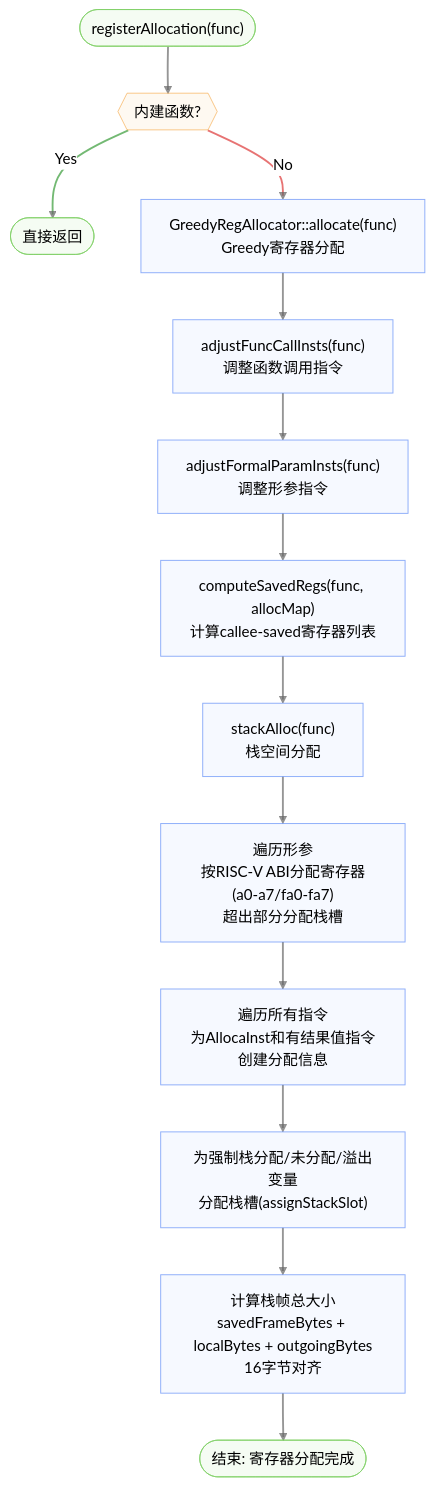
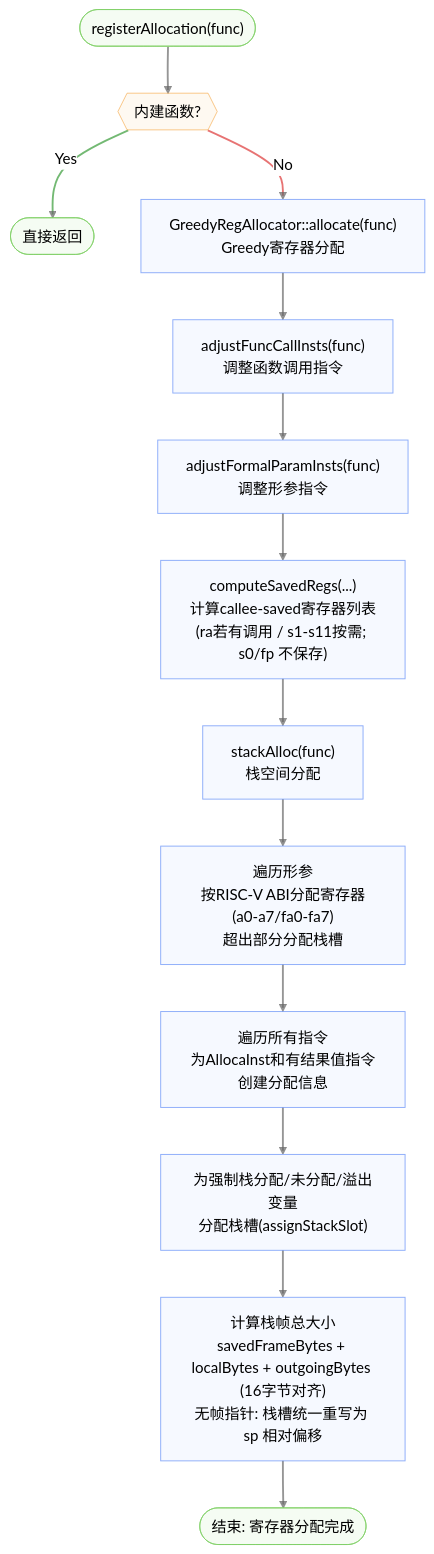
Before and after one commit to LLLLLLLLazy/compiler-lite: the fourth of 4 diagrams in docs/backend-overview.md, drawn with Mermaid (neutral theme). The commit also changed other lines of this file and 9 other files, not shown here.

````diff
--- a/docs/backend-overview.md
+++ b/docs/backend-overview.md
@@ -109,31 +109,31 @@
 ```mermaid
 flowchart TD
     Start(["registerAllocation(func)"]) --> BuiltinCheck{{"内建函数?"}}
     BuiltinCheck -- "Yes" --> Return(["直接返回"])
     BuiltinCheck -- "No" --> Greedy["GreedyRegAllocator::allocate(func)<br>Greedy寄存器分配"]
 
     Greedy --> AdjustCall["adjustFuncCallInsts(func)<br>调整函数调用指令"]
     AdjustCall --> AdjustParam["adjustFormalParamInsts(func)<br>调整形参指令"]
-    AdjustParam --> SavedRegs["computeSavedRegs(func, allocMap)<br>计算callee-saved寄存器列表"]
+    AdjustParam --> SavedRegs["computeSavedRegs(...)<br>计算callee-saved寄存器列表<br>(ra若有调用 / s1-s11按需; s0/fp 不保存)"]
     SavedRegs --> StackAlloc["stackAlloc(func)<br>栈空间分配"]
 
     StackAlloc --> ParamLoop["遍历形参<br>按RISC-V ABI分配寄存器(a0-a7/fa0-fa7)<br>超出部分分配栈槽"]
     ParamLoop --> InstLoop["遍历所有指令<br>为AllocaInst和有结果值指令创建分配信息"]
     InstLoop --> SpillLoop["为强制栈分配/未分配/溢出变量<br>分配栈槽(assignStackSlot)"]
-    SpillLoop --> FrameCalc["计算栈帧总大小<br>savedFrameBytes + localBytes + outgoingBytes<br>16字节对齐"]
+    SpillLoop --> FrameCalc["计算栈帧总大小<br>savedFrameBytes + localBytes + outgoingBytes (16字节对齐)<br>无帧指针: 栈槽统一重写为 sp 相对偏移"]
     FrameCalc --> End(["结束: 寄存器分配完成"])
 
     %%Node styles
     classDef default fill:#E2EAFE4F,stroke:#5A88F6AF
     classDef endNode fill:#DDF4D84F,stroke:#7DCF62AF
     classDef decisionNode fill:#FCEBD34f,stroke:#F6AA4BAF
 
     %%Link styles
     linkStyle default stroke:#666666AF,stroke-width:2px
     linkStyle 1 stroke:#339933AF,stroke-width:2px
     linkStyle 2 stroke:#DD3333AF,stroke-width:2px
 
     %%Node classes
     class Start,End,Return endNode
     class BuiltinCheck decisionNode
 ```
````
